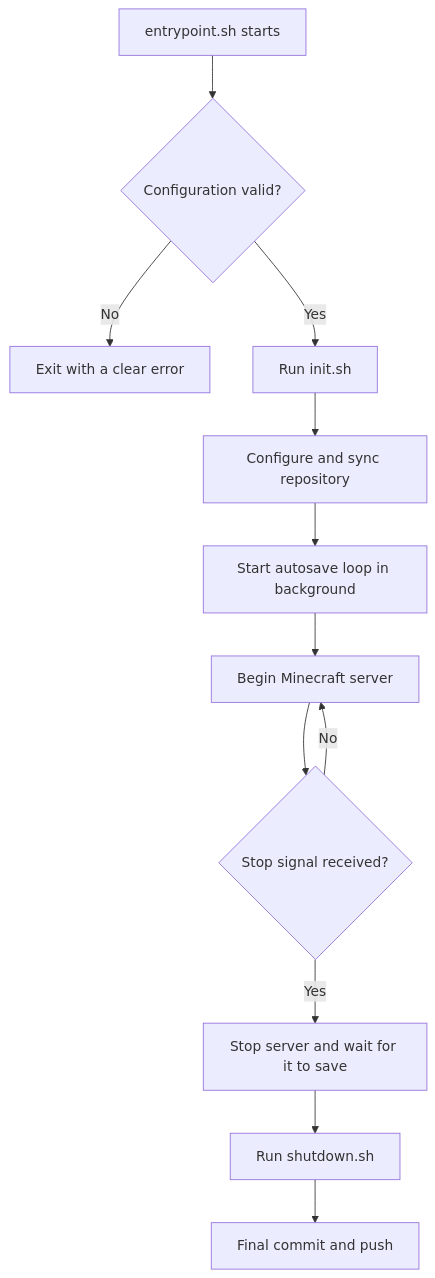
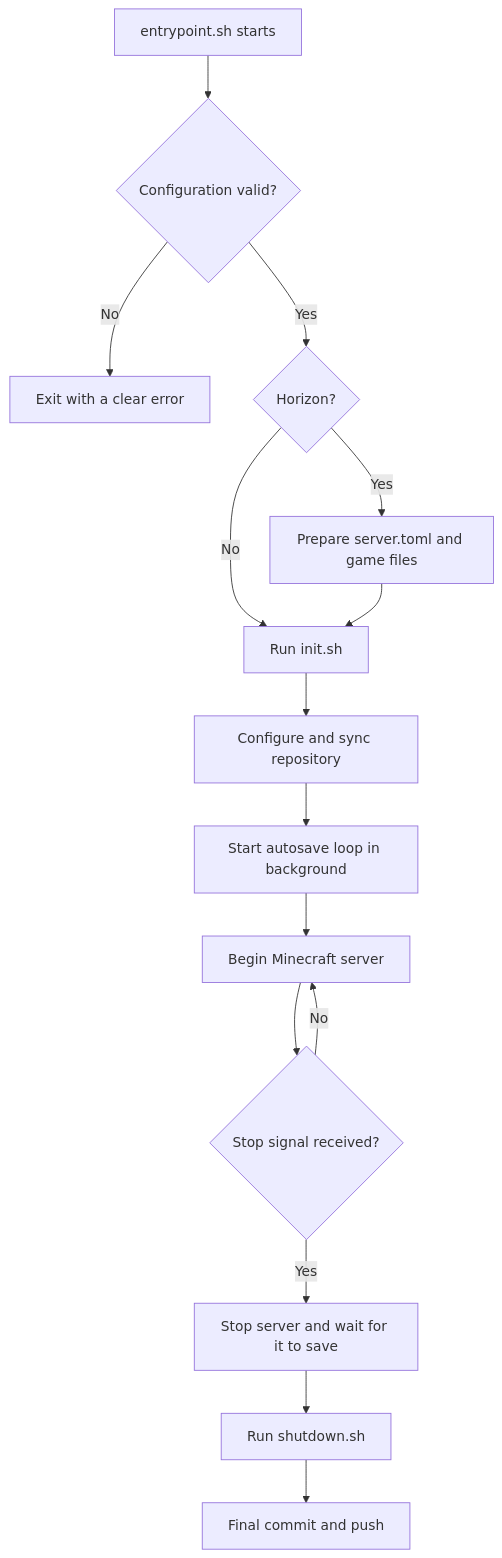
The third of 3 diagrams in posts/reliable-automation-pipelines-persistent-game-worlds/index.qmd (danieltorquatof/blog), drawn with Mermaid before and after one commit. The commit also changed other lines of this file and 1 other file, not shown here.

First line of the commit message:
docs: Cover Horizon (Rust) support in Minecraft Backup

````diff
--- a/posts/reliable-automation-pipelines-persistent-game-worlds/index.qmd
+++ b/posts/reliable-automation-pipelines-persistent-game-worlds/index.qmd
@@ -295,28 +337,31 @@
 ```{mermaid}
 %%| fig-align: center
 %%| fig-width: 100%
 flowchart TB;
   A[entrypoint.sh starts]
   V{Configuration valid?}
   X[Exit with a clear error]
   B[Run init.sh]
   C[Configure and sync repository]
   D[Start autosave loop in background]
   E[Begin Minecraft server]
   F{Stop signal received?}
   S[Stop server and wait for it to save]
   G[Run shutdown.sh]
   H[Final commit and push]
 
   A --> V
   V -- No --> X
-  V -- Yes --> B
+  V -- Yes --> HZ{Horizon?}
+  HZ -- Yes --> HS[Prepare server.toml and game files]
+  HZ -- No --> B
+  HS --> B
   B --> C
   C --> D
   D --> E
   E --> F
   F -- Yes --> S
   S --> G
   G --> H
   F -- No --> E
 ```
````
